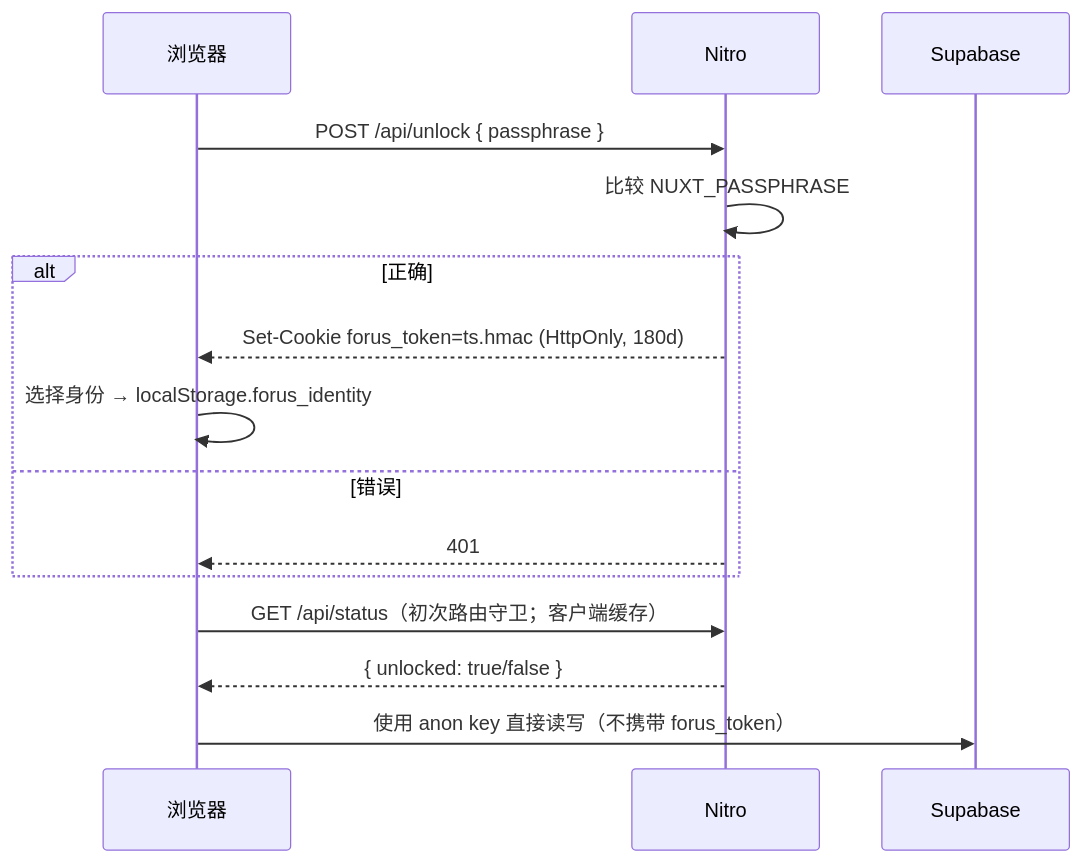
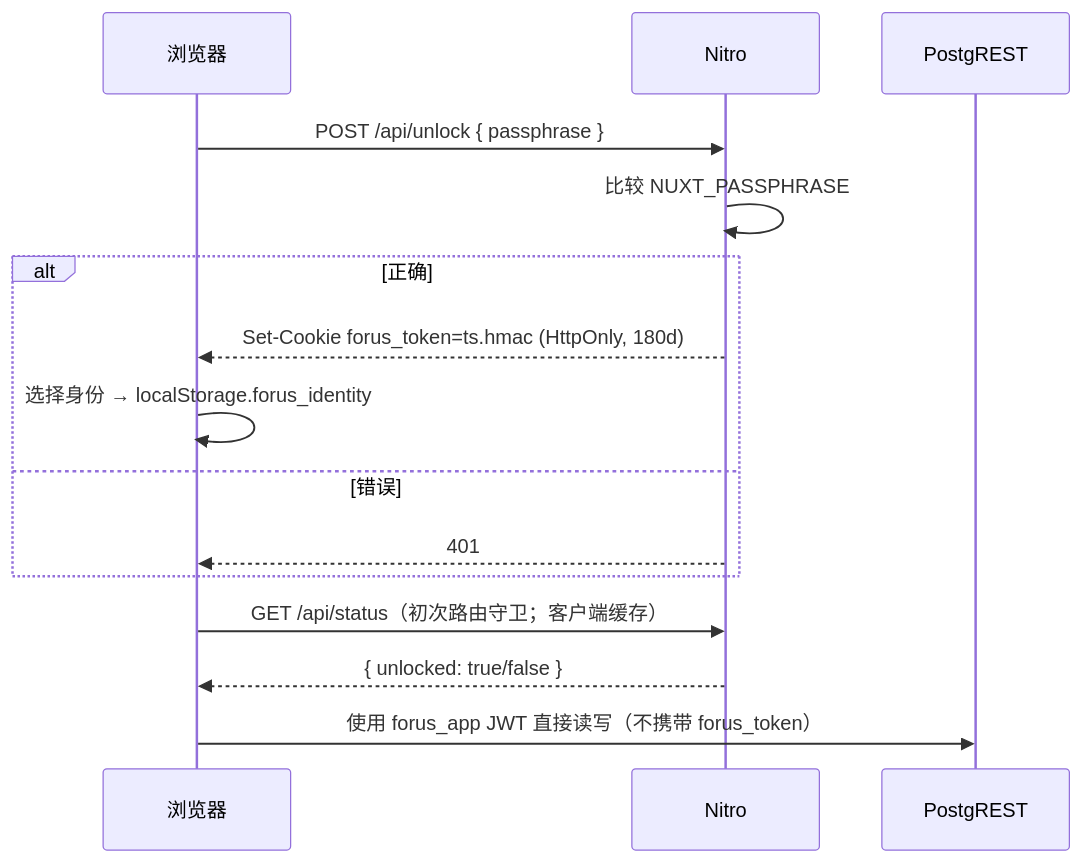
Before and after one commit to 2932238802/Forus: the diagram in docs/architecture.md, drawn with Mermaid. The commit also changed other lines of this file and 8 other files, not shown here.

````diff
--- a/docs/architecture.md
+++ b/docs/architecture.md
@@ -58,18 +61,18 @@
 ```mermaid
 sequenceDiagram
   participant B as 浏览器
   participant N as Nitro
-  participant S as Supabase
+  participant S as PostgREST
 
   B->>N: POST /api/unlock { passphrase }
   N->>N: 比较 NUXT_PASSPHRASE
   alt 正确
     N-->>B: Set-Cookie forus_token=ts.hmac (HttpOnly, 180d)
     B->>B: 选择身份 → localStorage.forus_identity
   else 错误
     N-->>B: 401
   end
   B->>N: GET /api/status（初次路由守卫；客户端缓存）
   N-->>B: { unlocked: true/false }
-  B->>S: 使用 anon key 直接读写（不携带 forus_token）
+  B->>S: 使用 forus_app JWT 直接读写（不携带 forus_token）
 ```
````
